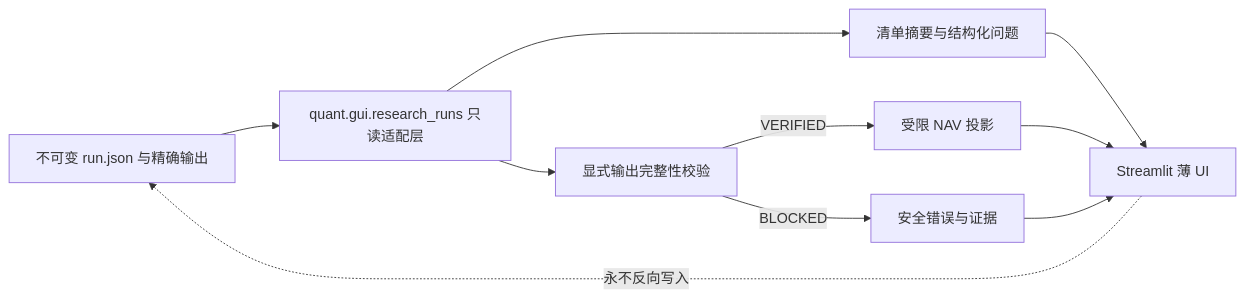
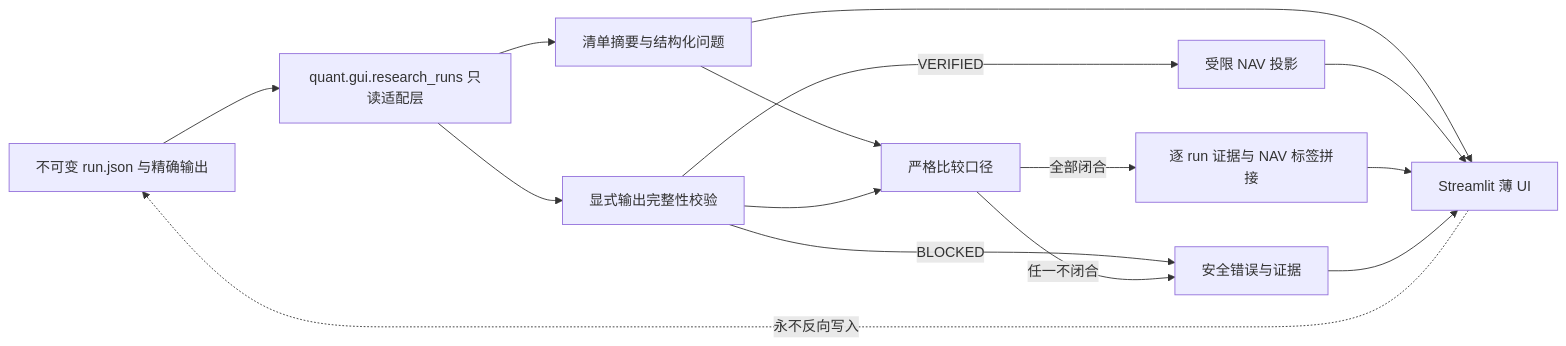
Before and after one commit to Sunnybay1994/QuantitativeTrading: the diagram in docs/gui/GUI_产品与技术设计.md, drawn with Mermaid. The commit also changed other lines of this file and 5 other files, not shown here.

````diff
--- a/docs/gui/GUI_产品与技术设计.md
+++ b/docs/gui/GUI_产品与技术设计.md
@@ -33,12 +36,17 @@
 ```mermaid
 flowchart LR
     A["不可变 run.json 与精确输出"] --> B["quant.gui.research_runs 只读适配层"]
     B --> C["清单摘要与结构化问题"]
     B --> D["显式输出完整性校验"]
     D -->|"VERIFIED"| E["受限 NAV 投影"]
     D -->|"BLOCKED"| F["安全错误与证据"]
+    C --> H["严格比较口径"]
+    D --> H
+    H -->|"全部闭合"| I["逐 run 证据与 NAV 标签拼接"]
+    H -->|"任一不闭合"| F
     C --> G["Streamlit 薄 UI"]
     E --> G
+    I --> G
     F --> G
     G -. "永不反向写入" .-> A
 ```
````
